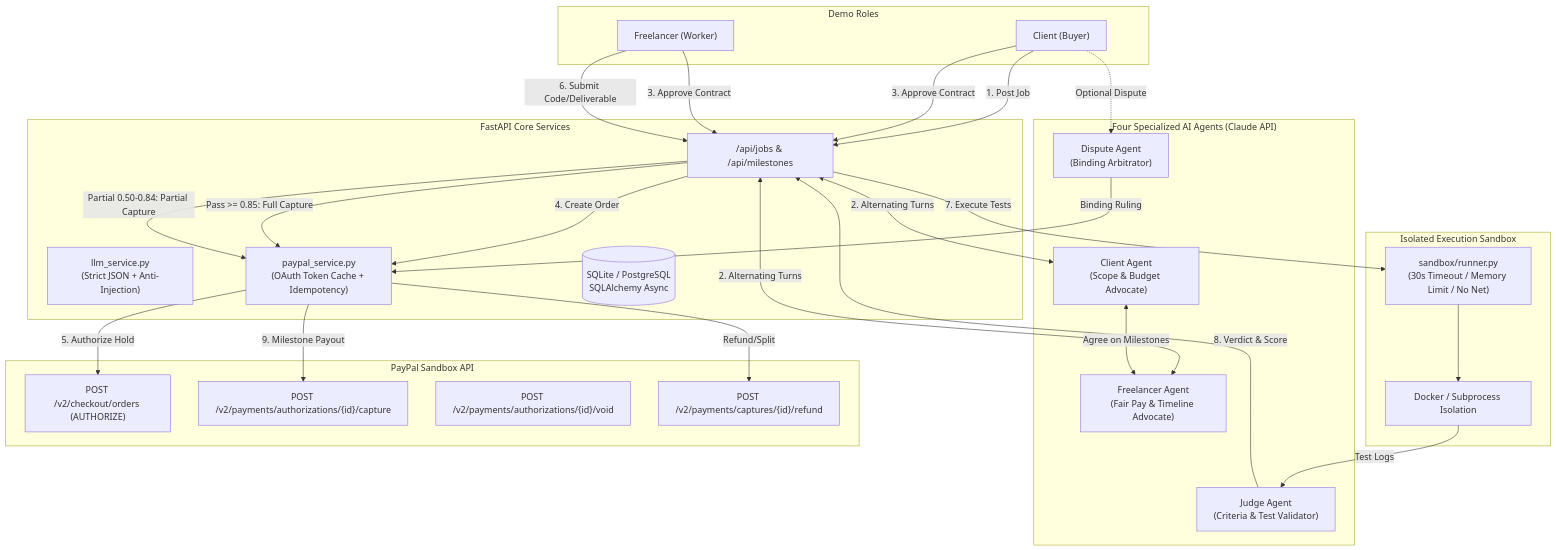
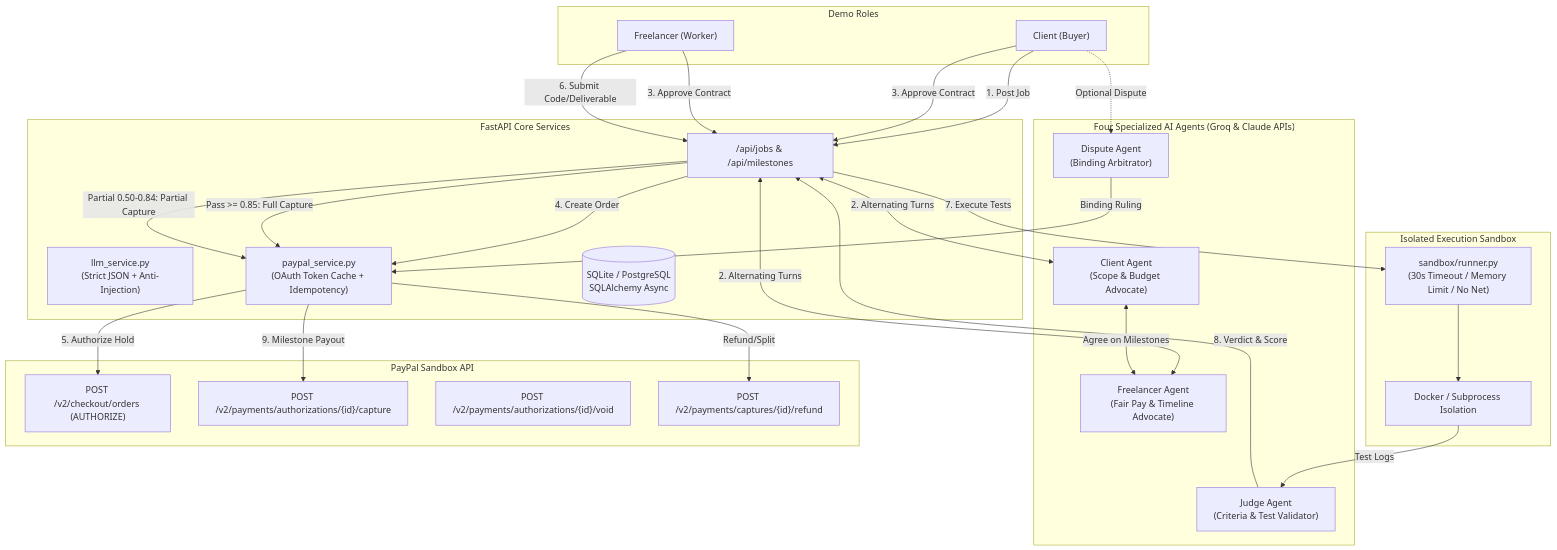
One commit to venmugilrajan/TrustPay changed the diagram in README.md. Above: the diagram before and after it, drawn with Mermaid. The commit also changed other lines of this file and 71 other files, not shown here.

````diff
--- a/README.md
+++ b/README.md
@@ -24,56 +24,56 @@
 ```mermaid
 flowchart TD
     subgraph Users ["Demo Roles"]
         ClientUser["Client (Buyer)"]
         FreelancerUser["Freelancer (Worker)"]
     end
 
-    subgraph Agents ["Four Specialized AI Agents (Claude API)"]
+    subgraph Agents ["Four Specialized AI Agents (Groq & Claude APIs)"]
         CA["Client Agent<br/>(Scope & Budget Advocate)"]
         FA["Freelancer Agent<br/>(Fair Pay & Timeline Advocate)"]
         Judge["Judge Agent<br/>(Criteria & Test Validator)"]
         Dispute["Dispute Agent<br/>(Binding Arbitrator)"]
     end
 
     subgraph Backend ["FastAPI Core Services"]
         JobRouter["/api/jobs & /api/milestones"]
         LLMService["llm_service.py<br/>(Strict JSON + Anti-Injection)"]
         PayPalService["paypal_service.py<br/>(OAuth Token Cache + Idempotency)"]
         Database[("SQLite / PostgreSQL<br/>SQLAlchemy Async")]
     end
 
     subgraph SandboxEnv ["Isolated Execution Sandbox"]
         Runner["sandbox/runner.py<br/>(30s Timeout / Memory Limit / No Net)"]
         DockerContainer["Docker / Subprocess Isolation"]
     end
 
     subgraph PayPalSandbox ["PayPal Sandbox API"]
         PPAuth["POST /v2/checkout/orders (AUTHORIZE)"]
         PPCapture["POST /v2/payments/authorizations/{id}/capture"]
         PPVoid["POST /v2/payments/authorizations/{id}/void"]
         PPRefund["POST /v2/payments/captures/{id}/refund"]
     end
 
     ClientUser -->|1. Post Job| JobRouter
     JobRouter <-->|2. Alternating Turns| CA
     JobRouter <-->|2. Alternating Turns| FA
     CA <-->|Agree on Milestones| FA
 
     ClientUser & FreelancerUser -->|3. Approve Contract| JobRouter
     JobRouter -->|4. Create Order| PayPalService
     PayPalService -->|5. Authorize Hold| PPAuth
 
     FreelancerUser -->|6. Submit Code/Deliverable| JobRouter
     JobRouter -->|7. Execute Tests| Runner
     Runner --> DockerContainer
     DockerContainer -->|Test Logs| Judge
     Judge -->|8. Verdict & Score| JobRouter
 
     JobRouter -->|Pass >= 0.85: Full Capture| PayPalService
     JobRouter -->|Partial 0.50-0.84: Partial Capture| PayPalService
     PayPalService -->|9. Milestone Payout| PPCapture
 
     ClientUser -.->|Optional Dispute| Dispute
     Dispute -->|Binding Ruling| PayPalService
     PayPalService -->|Refund/Split| PPRefund
 ```
````
